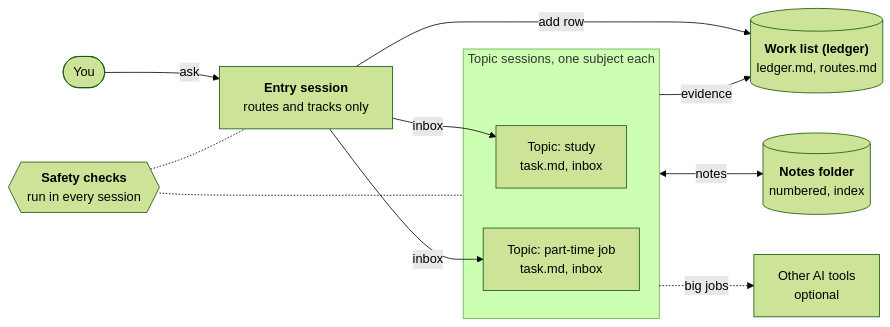
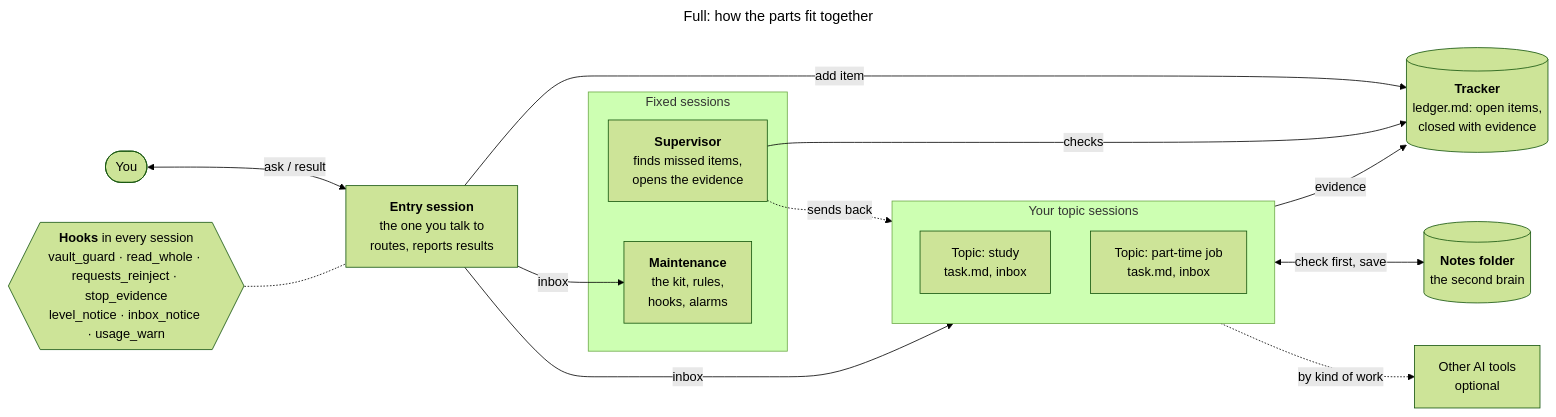
One commit to 0Smallcat0/second-brain-kit changed the first of 6 diagrams in docs/ADVANCED.md. Above: the diagram before and after it, drawn with Mermaid (forest theme). The commit also changed other lines of this file and 48 other files, not shown here.

Commit message:
0.2.4: Full-plan labels, tracker wording, fixed entry/supervisor/maintenance sessions, plan-based wake choice

````diff
--- a/docs/ADVANCED.md
+++ b/docs/ADVANCED.md
@@ -40,16 +64,24 @@
 ```mermaid
+---
+title: "Full: how the parts fit together"
+---
 flowchart LR
-  You(["You"]) -->|ask| Entry["<b>Entry session</b><br/>routes and tracks only"]
-  Entry -->|add row| Ledger[("<b>Work list (ledger)</b><br/>ledger.md, routes.md")]
-  subgraph Topics["Topic sessions, one subject each"]
+  You(["You"]) <-->|ask / result| Entry["<b>Entry session</b><br/>the one you talk to<br/>routes, reports results"]
+  Entry -->|add item| Tracker[("<b>Tracker</b><br/>ledger.md: open items,<br/>closed with evidence")]
+  subgraph Fixed["Fixed sessions"]
+    Sup["<b>Supervisor</b><br/>finds missed items,<br/>opens the evidence"]
+    Mnt["<b>Maintenance</b><br/>the kit, rules,<br/>hooks, alarms"]
+  end
+  subgraph Topics["Your topic sessions"]
     TA["Topic: study<br/>task.md, inbox"]
     TB["Topic: part-time job<br/>task.md, inbox"]
   end
-  Entry -->|inbox| TA
-  Entry -->|inbox| TB
-  Topics -->|evidence| Ledger
-  Topics <-->|notes| Vault[("<b>Notes folder</b><br/>numbered, index")]
-  Topics -.->|big jobs| Tools["Other AI tools<br/>optional"]
-  Hooks{{"<b>Safety checks</b><br/>run in every session"}} -.- Entry
-  Hooks -.- Topics
+  Entry -->|inbox| Topics
+  Entry -->|inbox| Mnt
+  Topics -->|evidence| Tracker
+  Sup -->|checks| Tracker
+  Sup -.->|sends back| Topics
+  Topics <-->|check first, save| Vault[("<b>Notes folder</b><br/>the second brain")]
+  Topics -.->|by kind of work| Tools["Other AI tools<br/>optional"]
+  Hooks{{"<b>Hooks</b> in every session<br/>vault_guard · read_whole · requests_reinject · stop_evidence<br/>level_notice · inbox_notice · usage_warn"}} -.- Entry
 ```
````
